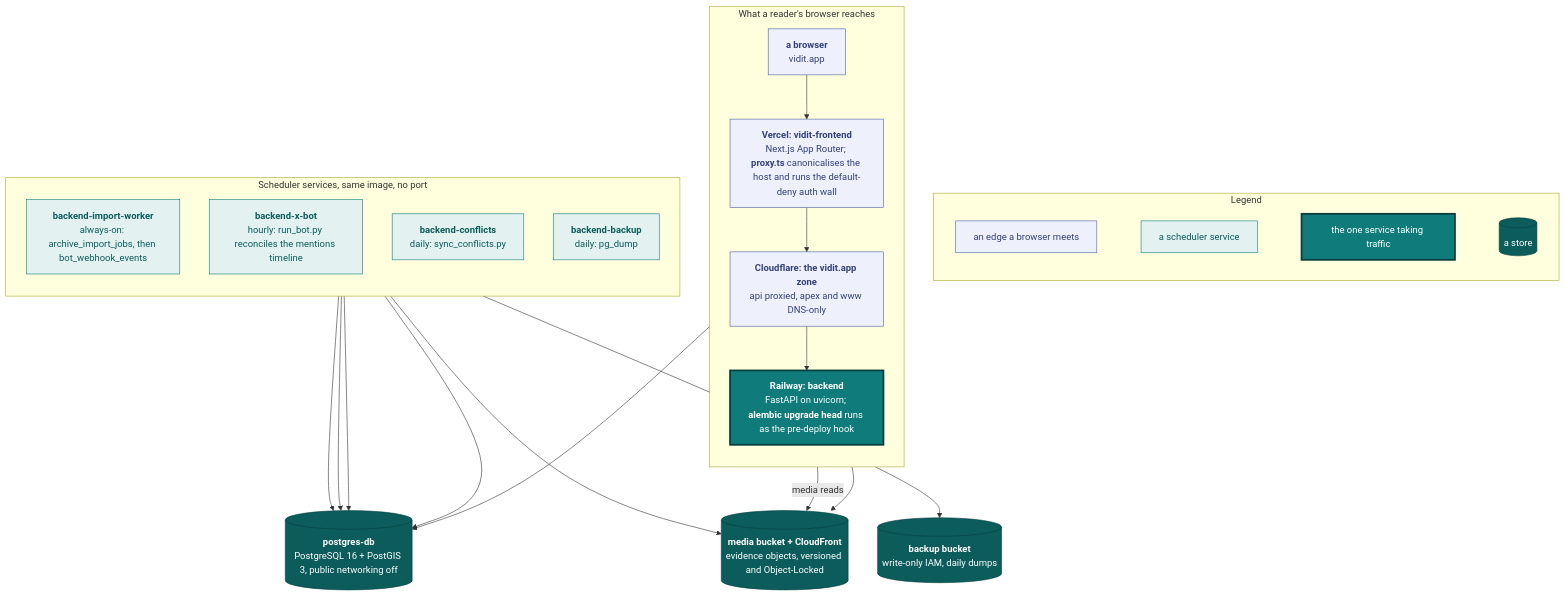
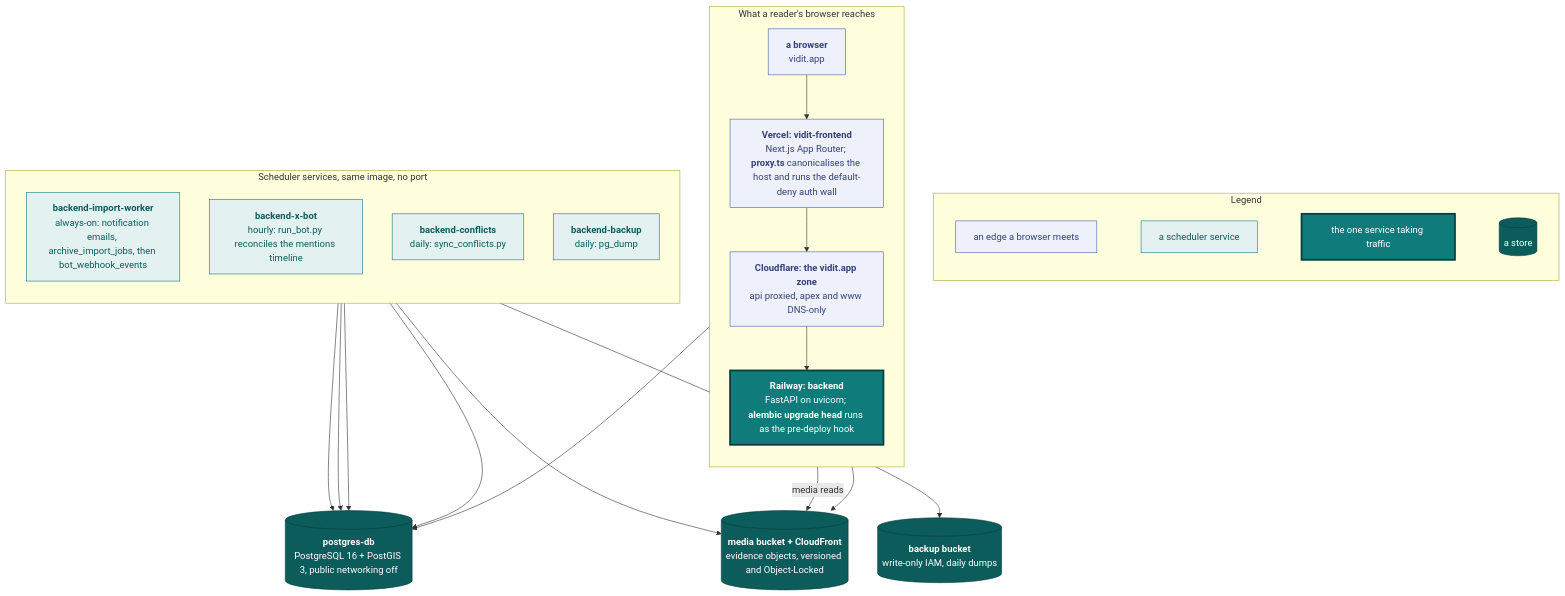
Before and after one commit to vidithq/vidit: the first of 4 diagrams in docs/engineering.md, drawn with Mermaid. The commit also changed other lines of this file and 21 other files, not shown here.

````diff
--- a/docs/engineering.md
+++ b/docs/engineering.md
@@ -5,58 +5,58 @@
 ```mermaid
 flowchart TB
   classDef spec fill:#eef1fb,stroke:#4a5fa5,color:#33417a
   classDef shared fill:#e3f2f1,stroke:#0f7b7a,color:#0b5c5b
   classDef core fill:#0f7b7a,stroke:#083f3e,stroke-width:3px,color:#ffffff
   classDef store fill:#0b5c5b,stroke:#083f3e,color:#ffffff
 
   subgraph legend [Legend]
     direction LR
     l1["`an edge a browser meets`"]:::spec
     l2["`a scheduler service`"]:::shared
     l3["`the one service taking traffic`"]:::core
     l4[("`a store`")]:::store
     l1 ~~~ l2 ~~~ l3 ~~~ l4
   end
 
   subgraph traffic [What a reader's browser reaches]
     direction TB
     reader["`**a browser**
     vidit.app`"]:::spec
     vercel["`**Vercel: vidit-frontend**
     Next.js App Router; **proxy.ts** canonicalises the host and runs the default-deny auth wall`"]:::spec
     cf["`**Cloudflare: the vidit.app zone**
     api proxied, apex and www DNS-only`"]:::spec
     api["`**Railway: backend**
     FastAPI on uvicorn; **alembic upgrade head** runs as the pre-deploy hook`"]:::core
     reader --> vercel --> cf --> api
   end
 
   subgraph sched [Scheduler services, same image, no port]
     direction TB
     worker["`**backend-import-worker**
-    always-on: archive_import_jobs, then bot_webhook_events`"]:::shared
+    always-on: notification emails, archive_import_jobs, then bot_webhook_events`"]:::shared
     bot["`**backend-x-bot**
     hourly: run_bot.py reconciles the mentions timeline`"]:::shared
     conf["`**backend-conflicts**
     daily: sync_conflicts.py`"]:::shared
     backup["`**backend-backup**
     daily: pg_dump`"]:::shared
   end
 
   db[("`**postgres-db**
   PostgreSQL 16 + PostGIS 3, public networking off`")]:::store
   s3[("`**media bucket + CloudFront**
   evidence objects, versioned and Object-Locked`")]:::store
   bak[("`**backup bucket**
   write-only IAM, daily dumps`")]:::store
 
   reader -- "media reads" --> s3
   api --> db
   api --> s3
   worker --> db
   bot --> db
   conf --> db
   worker --> s3
   backup --> db
   backup --> bak
 ```
````
